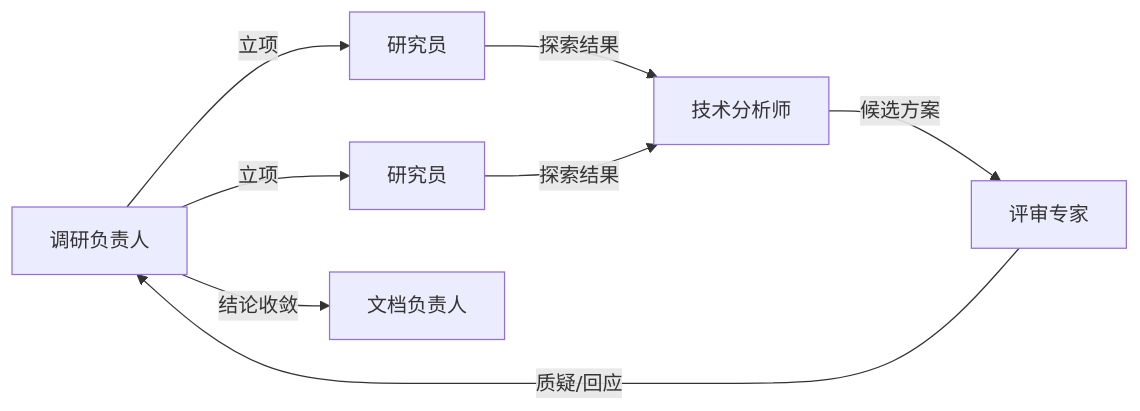
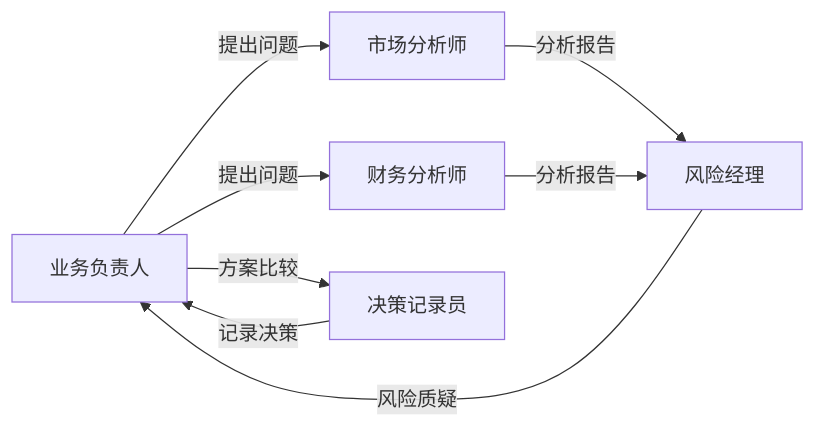
One commit to icylight/pi-tavern changed the seventh of 7 diagrams in README.md. Above: the diagram before and after it, drawn with Mermaid. The commit also changed other lines of this file and 1 other file, not shown here.

````diff
--- a/README.md
+++ b/README.md
@@ -109,8 +127,8 @@
 ```mermaid
 flowchart LR
-    OL["调研负责人"] -->|"立项"| R1["研究员"] & R2["研究员"]
-    R1 & R2 -->|"探索结果"| TA["技术分析师"]
-    TA -->|"候选方案"| RE["评审专家"]
-    RE -->|"质疑/回应"| OL
-    OL -->|"结论收敛"| DW["文档负责人"]
+    BO["业务负责人"] -->|"提出问题"| MA["市场分析师"] & FA["财务分析师"]
+    MA & FA -->|"分析报告"| RM["风险经理"]
+    RM -->|"风险质疑"| BO
+    BO -->|"方案比较"| DR["决策记录员"]
+    DR -->|"记录决策"| BO
 ```
````
